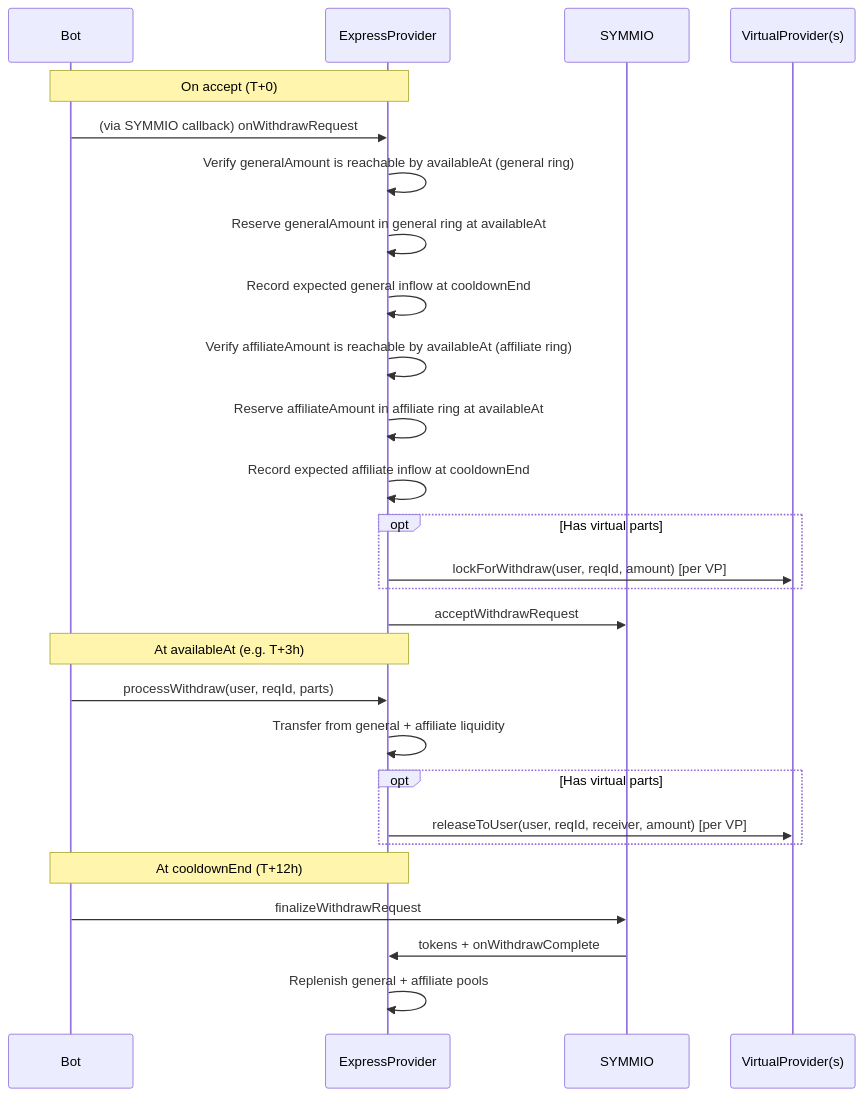
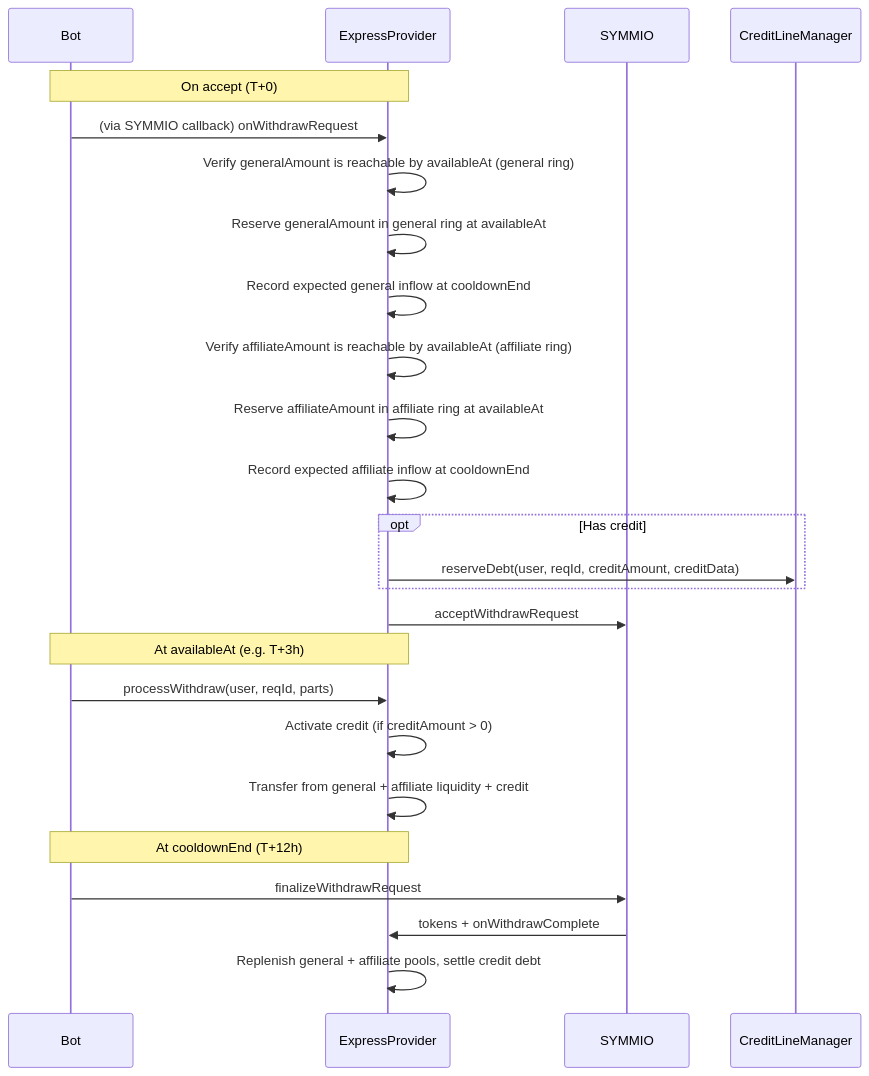
The eighth of 16 diagrams in docs/v0.8.6/express-withdrawal-system-design.md (SYMM-IO/perps-core), drawn with Mermaid before and after one commit. The commit also changed other lines of this file and 9 other files, not shown here.

Commit message:
docs: replace VirtualProvider with Credit Line system in express provider docs

````diff
--- a/docs/v0.8.6/express-withdrawal-system-design.md
+++ b/docs/v0.8.6/express-withdrawal-system-design.md
@@ -529,32 +533,30 @@
 ```mermaid
 sequenceDiagram
     participant Bot
     participant Express as ExpressProvider
     participant SYMMIO
-    participant Virtual as VirtualProvider(s)
+    participant CLM as CreditLineManager
 
     Note over Bot,Express: On accept (T+0)
     Bot->>Express: (via SYMMIO callback) onWithdrawRequest
     Express->>Express: Verify generalAmount is reachable by availableAt (general ring)
     Express->>Express: Reserve generalAmount in general ring at availableAt
     Express->>Express: Record expected general inflow at cooldownEnd
     Express->>Express: Verify affiliateAmount is reachable by availableAt (affiliate ring)
     Express->>Express: Reserve affiliateAmount in affiliate ring at availableAt
     Express->>Express: Record expected affiliate inflow at cooldownEnd
-    opt Has virtual parts
-        Express->>Virtual: lockForWithdraw(user, reqId, amount) [per VP]
+    opt Has credit
+        Express->>CLM: reserveDebt(user, reqId, creditAmount, creditData)
     end
     Express->>SYMMIO: acceptWithdrawRequest
 
     Note over Bot,Express: At availableAt (e.g. T+3h)
     Bot->>Express: processWithdraw(user, reqId, parts)
-    Express->>Express: Transfer from general + affiliate liquidity
-    opt Has virtual parts
-        Express->>Virtual: releaseToUser(user, reqId, receiver, amount) [per VP]
-    end
+    Express->>Express: Activate credit (if creditAmount > 0)
+    Express->>Express: Transfer from general + affiliate liquidity + credit
 
     Note over Bot,Express: At cooldownEnd (T+12h)
     Bot->>SYMMIO: finalizeWithdrawRequest
     SYMMIO->>Express: tokens + onWithdrawComplete
-    Express->>Express: Replenish general + affiliate pools
+    Express->>Express: Replenish general + affiliate pools, settle credit debt
 ```
````
